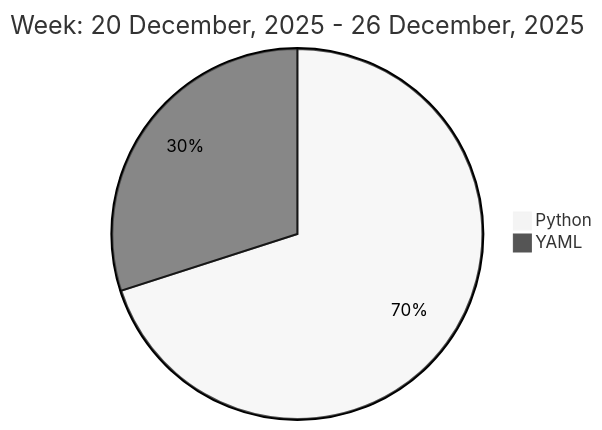
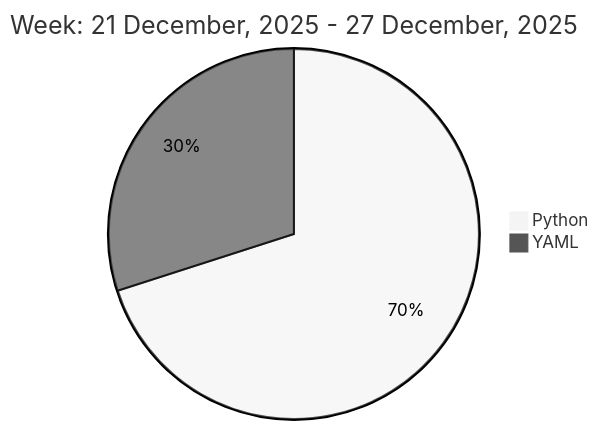
Before and after one commit to liubin95/liubin95: the diagram in README.md, drawn with Mermaid (neutral theme).

Commit message:
Updated the Graph with new Metrics

````diff
--- a/README.md
+++ b/README.md
@@ -37,6 +37,6 @@
 ```mermaid
  pie
-title Week: 20 December, 2025 - 26 December, 2025
+title Week: 21 December, 2025 - 27 December, 2025
  "Python" : 9.12
  "YAML" : 3.9
 ```
````
